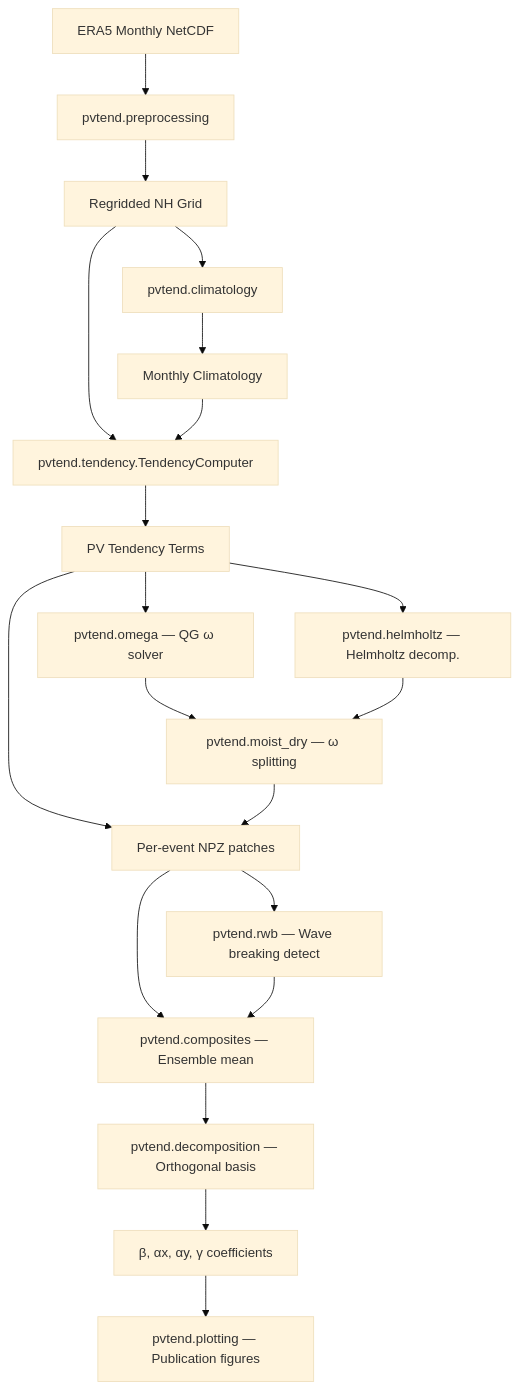
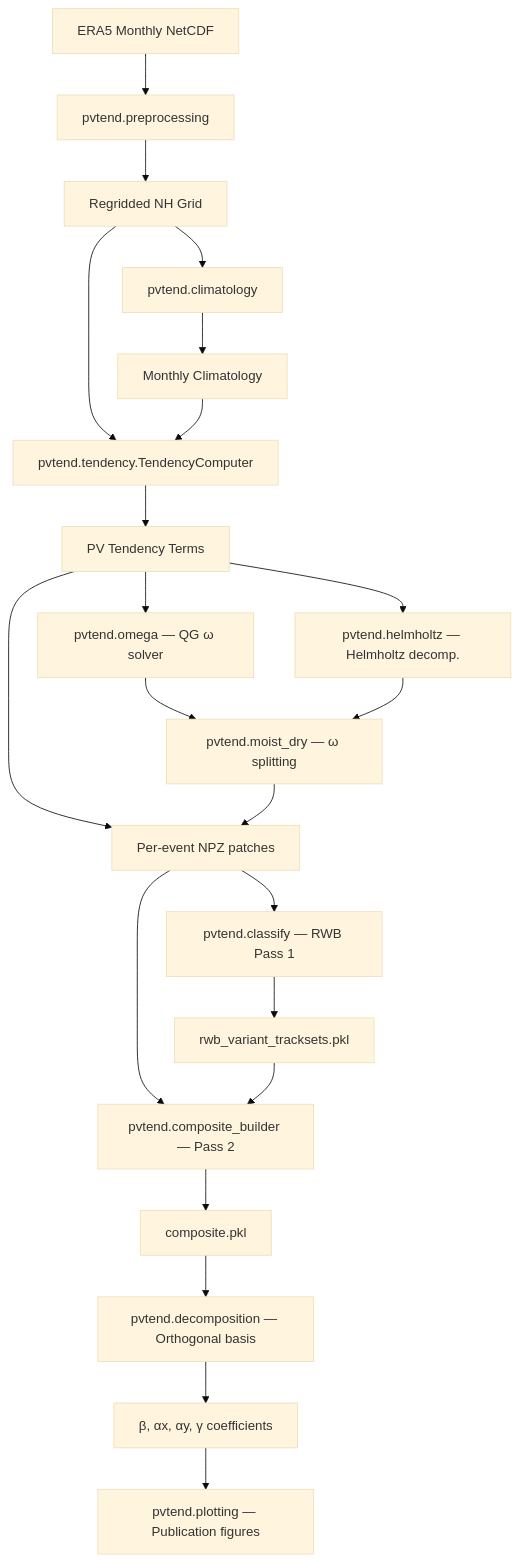
The diagram in README.md (yanxingjianken/pvtend), drawn with Mermaid (base theme) before and after one commit. The commit also changed other lines of this file and 12 other files, not shown here.

````diff
--- a/README.md
+++ b/README.md
@@ -114,19 +127,20 @@
 ```mermaid
 graph TD
     A[ERA5 Monthly NetCDF] --> B[pvtend.preprocessing]
     B --> C[Regridded NH Grid]
     C --> D[pvtend.climatology]
     D --> E[Monthly Climatology]
     C & E --> F[pvtend.tendency.TendencyComputer]
     F --> G[PV Tendency Terms]
     G --> H[pvtend.omega — QG ω solver]
     G --> I[pvtend.helmholtz — Helmholtz decomp.]
     H & I --> J[pvtend.moist_dry — ω splitting]
     G & J --> K[Per-event NPZ patches]
-    K --> L[pvtend.composites — Ensemble mean]
-    L --> M[pvtend.decomposition — Orthogonal basis]
+    K --> L1[pvtend.classify — RWB Pass 1]
+    L1 --> L1a[rwb_variant_tracksets.pkl]
+    K & L1a --> L2[pvtend.composite_builder — Pass 2]
+    L2 --> L2a[composite.pkl]
+    L2a --> M[pvtend.decomposition — Orthogonal basis]
     M --> N[β, αx, αy, γ coefficients]
     N --> O[pvtend.plotting — Publication figures]
-    K --> P[pvtend.rwb — Wave breaking detect]
-    P --> L
 ```
````
